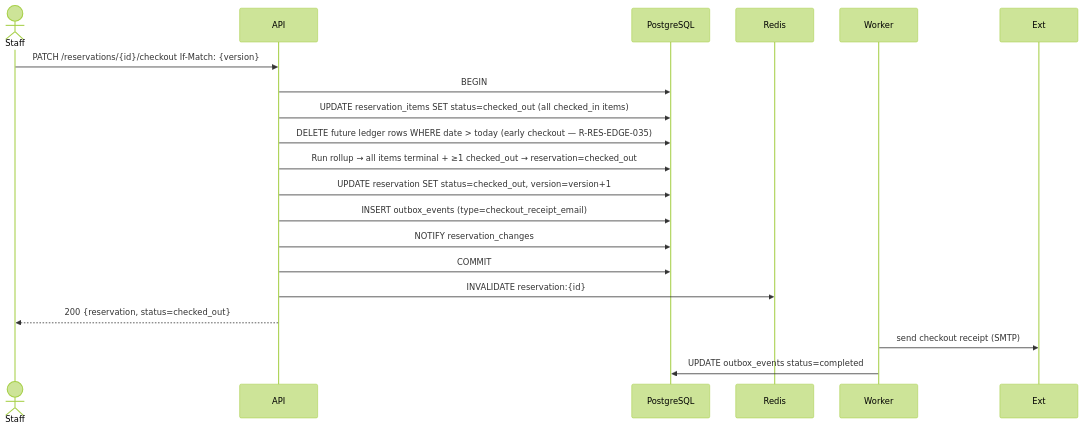
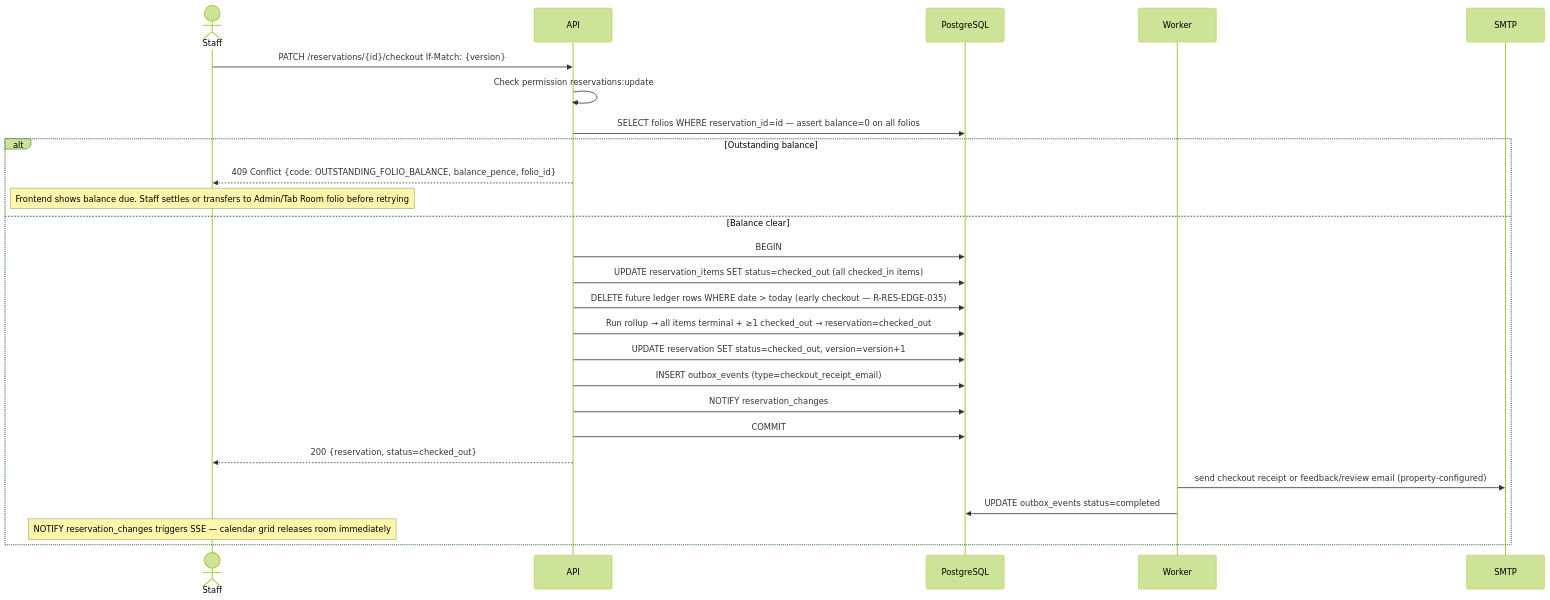
One commit to mallytj/yop-pms changed diagram 17 of 33 in docs/flows/reservations.md. Above: the diagram before and after it, drawn with Mermaid (forest theme). The commit also changed other lines of this file, not shown here.

Commit message:
docs(reservations): update the flows post review

````diff
--- a/docs/flows/reservations.md
+++ b/docs/flows/reservations.md
@@ -694,23 +833,30 @@
 ```mermaid
 sequenceDiagram
     actor Staff
     participant API
     participant DB as PostgreSQL
-    participant Redis
     participant Worker
+    participant Ext as SMTP
 
     Staff->>API: PATCH /reservations/{id}/checkout If-Match: {version}
-    API->>DB: BEGIN
-    API->>DB: UPDATE reservation_items SET status=checked_out (all checked_in items)
-    API->>DB: DELETE future ledger rows WHERE date > today (early checkout — R-RES-EDGE-035)
-    API->>DB: Run rollup → all items terminal + ≥1 checked_out → reservation=checked_out
-    API->>DB: UPDATE reservation SET status=checked_out, version=version+1
-    API->>DB: INSERT outbox_events (type=checkout_receipt_email)
-    API->>DB: NOTIFY reservation_changes
-    API->>DB: COMMIT
-    API->>Redis: INVALIDATE reservation:{id}
-    API-->>Staff: 200 {reservation, status=checked_out}
+    API->>API: Check permission reservations:update
+    API->>DB: SELECT folios WHERE reservation_id=id — assert balance=0 on all folios
+    alt Outstanding balance
+        API-->>Staff: 409 Conflict {code: OUTSTANDING_FOLIO_BALANCE, balance_pence, folio_id}
+        Note over Staff: Frontend shows balance due. Staff settles or transfers to Admin/Tab Room folio before retrying
+    else Balance clear
+        API->>DB: BEGIN
+        API->>DB: UPDATE reservation_items SET status=checked_out (all checked_in items)
+        API->>DB: DELETE future ledger rows WHERE date > today (early checkout — R-RES-EDGE-035)
+        API->>DB: Run rollup → all items terminal + ≥1 checked_out → reservation=checked_out
+        API->>DB: UPDATE reservation SET status=checked_out, version=version+1
+        API->>DB: INSERT outbox_events (type=checkout_receipt_email)
+        API->>DB: NOTIFY reservation_changes
+        API->>DB: COMMIT
+        API-->>Staff: 200 {reservation, status=checked_out}
 
-    Worker->>Ext: send checkout receipt (SMTP)
-    Worker->>DB: UPDATE outbox_events status=completed
+        Worker->>Ext: send checkout receipt or feedback/review email (property-configured)
+        Worker->>DB: UPDATE outbox_events status=completed
+        Note over Staff: NOTIFY reservation_changes triggers SSE — calendar grid releases room immediately
+    end
 ```
````
